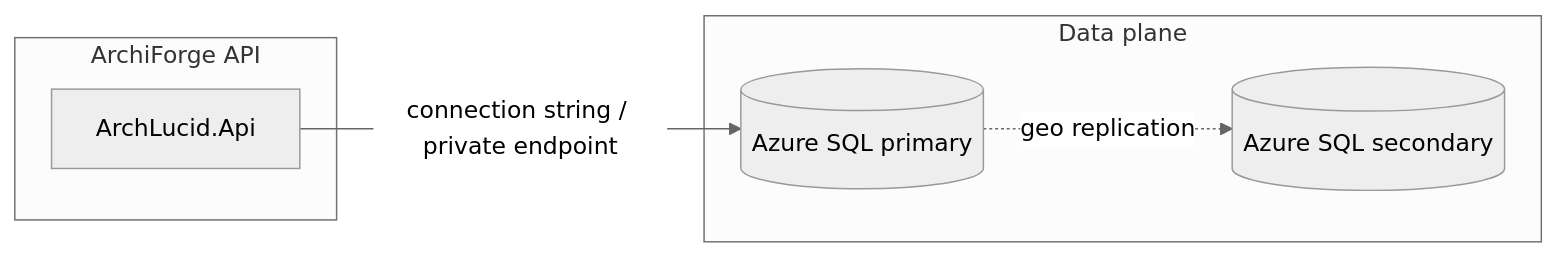
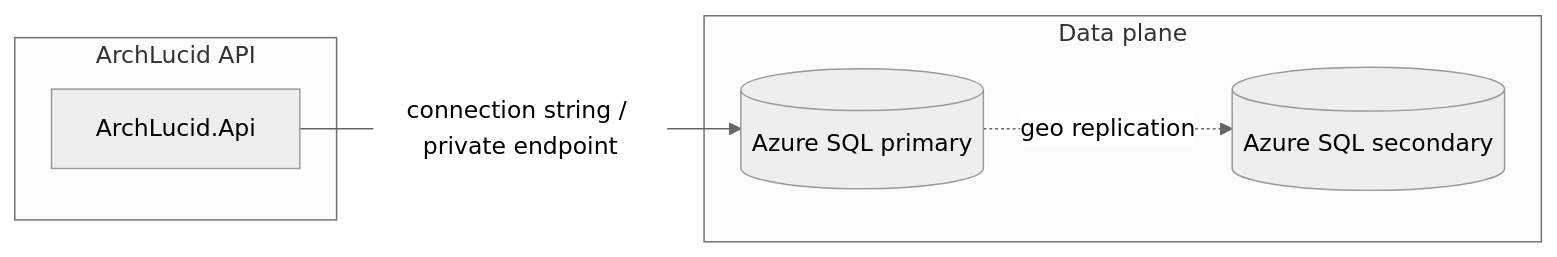
The diagram in docs/runbooks/DATABASE_FAILOVER.md (joefrancisGA/ArchLucid), drawn with Mermaid (neutral theme) before and after one commit. The commit also changed other lines of this file and 153 other files, not shown here.

````diff
--- a/docs/runbooks/DATABASE_FAILOVER.md
+++ b/docs/runbooks/DATABASE_FAILOVER.md
@@ -15,12 +15,12 @@
 ```mermaid
 flowchart LR
-  subgraph app [ArchiForge API]
+  subgraph app [ArchLucid API]
     Api[ArchLucid.Api]
   end
   subgraph data [Data plane]
     SqlPrimary[(Azure SQL primary)]
     SqlSecondary[(Azure SQL secondary)]
   end
   Api -->|connection string / private endpoint| SqlPrimary
   SqlPrimary -. geo replication .-> SqlSecondary
 ```
````
